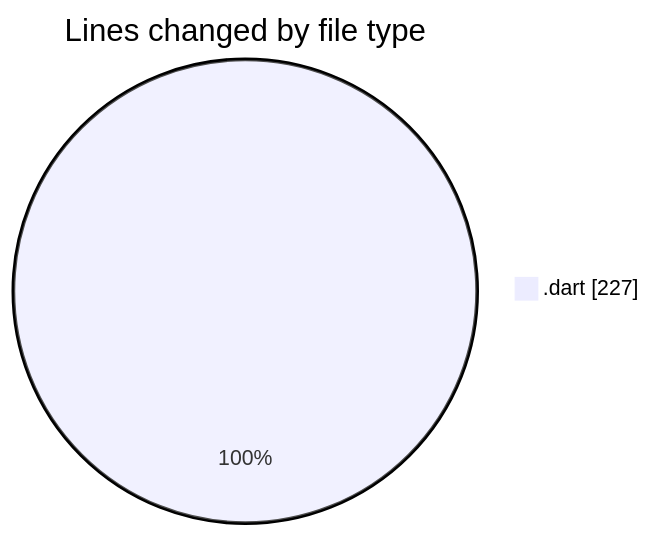
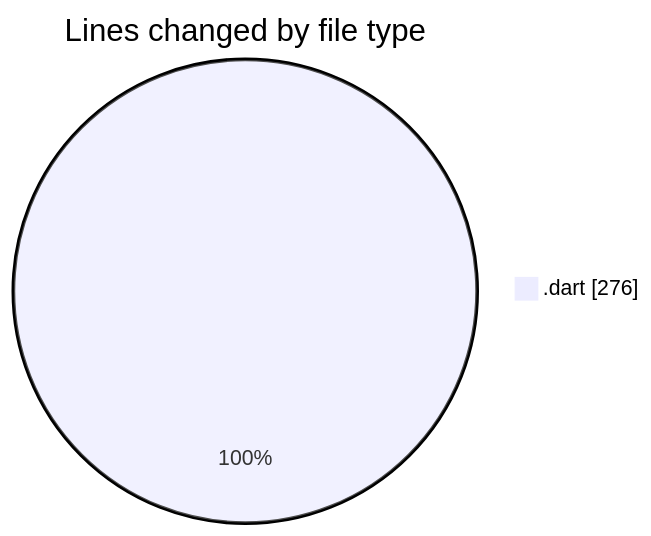
One commit to donsfak/code-tracking changed the first of 2 diagrams in 2025-04-10/trackers_app/README.md. Above: the diagram before and after it, drawn with Mermaid. The commit also changed other lines of this file and 1 other file, not shown here.

````diff
--- a/2025-04-10/trackers_app/README.md
+++ b/2025-04-10/trackers_app/README.md
@@ -25,5 +26,5 @@
 ```mermaid
 pie showData
 title Lines changed by file type
-".dart" : 227
+".dart" : 276
 ```
````
